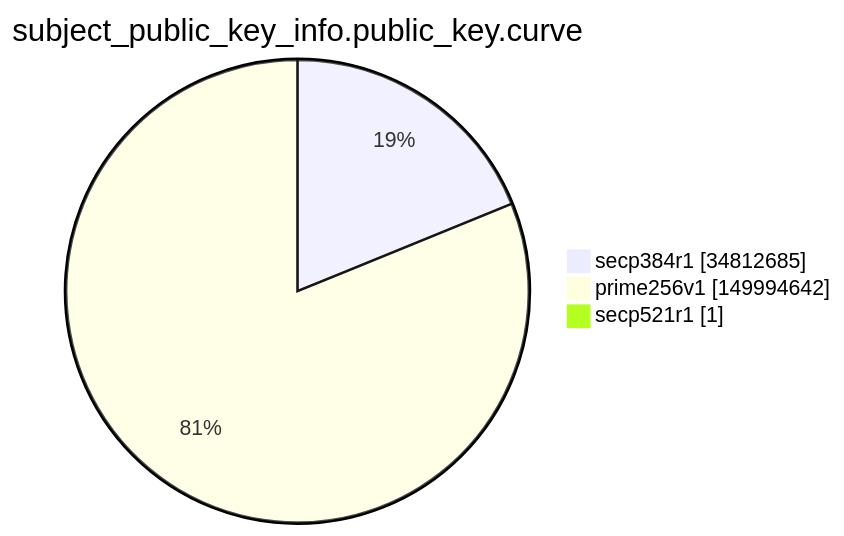
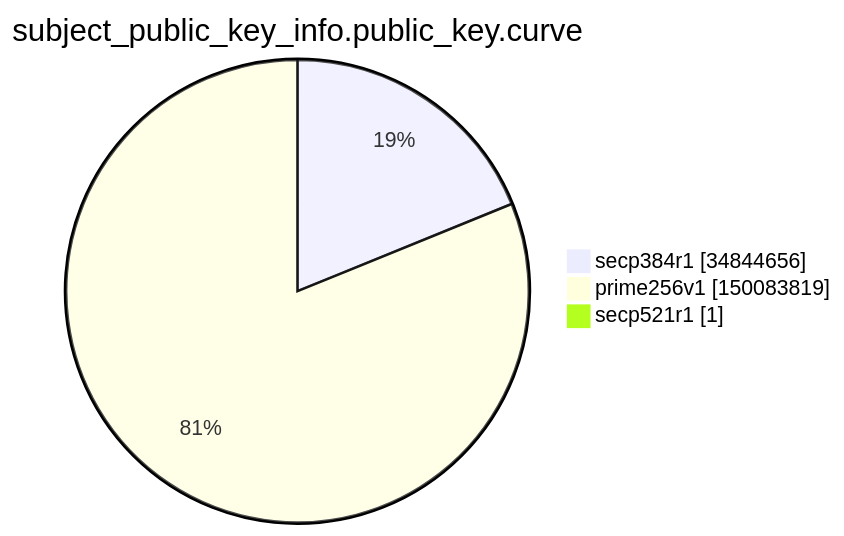
Before and after one commit to christiankrug/ctmonitor_visualization: the ninth of 15 diagrams in argon2022/README.md, drawn with Mermaid. The commit also changed other lines of this file, not shown here.

````diff
--- a/argon2022/README.md
+++ b/argon2022/README.md
@@ -2765,7 +2765,7 @@
 ```mermaid
 pie showData
 title subject_public_key_info.public_key.curve
-"secp384r1" :34812685
-"prime256v1" :149994642
+"secp384r1" :34844656
+"prime256v1" :150083819
 "secp521r1" :1
 ```
````
